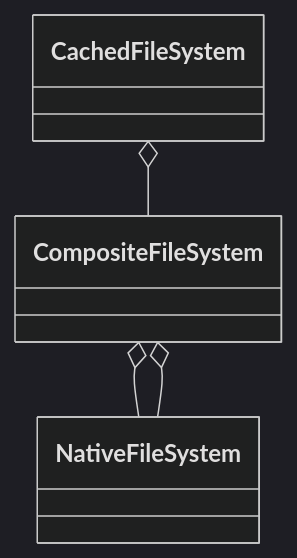
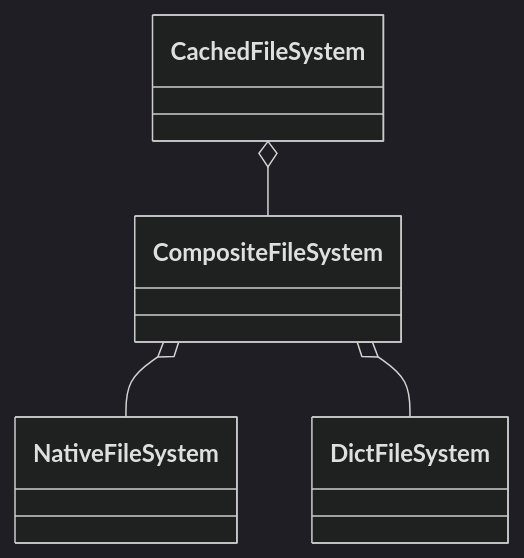
The diagram in docs/technical/filesystem.md (stanoddly/GameKit), drawn with Mermaid (dark theme) before and after one commit.

````diff
--- a/docs/technical/filesystem.md
+++ b/docs/technical/filesystem.md
@@ -22,6 +22,6 @@
 ```mermaid
 classDiagram
 CachedFileSystem o-- CompositeFileSystem
 CompositeFileSystem o-- NativeFileSystem
-CompositeFileSystem o-- NativeFileSystem
+CompositeFileSystem o-- DictFileSystem
 ```
````
